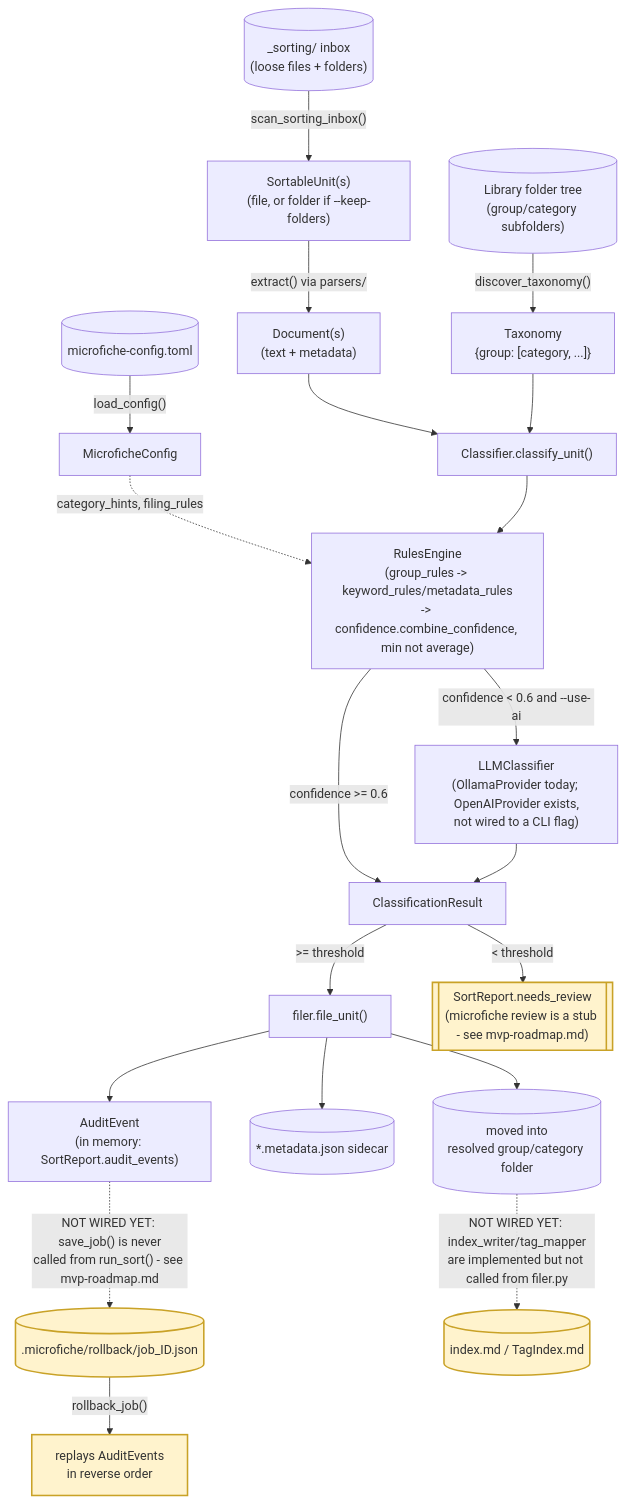
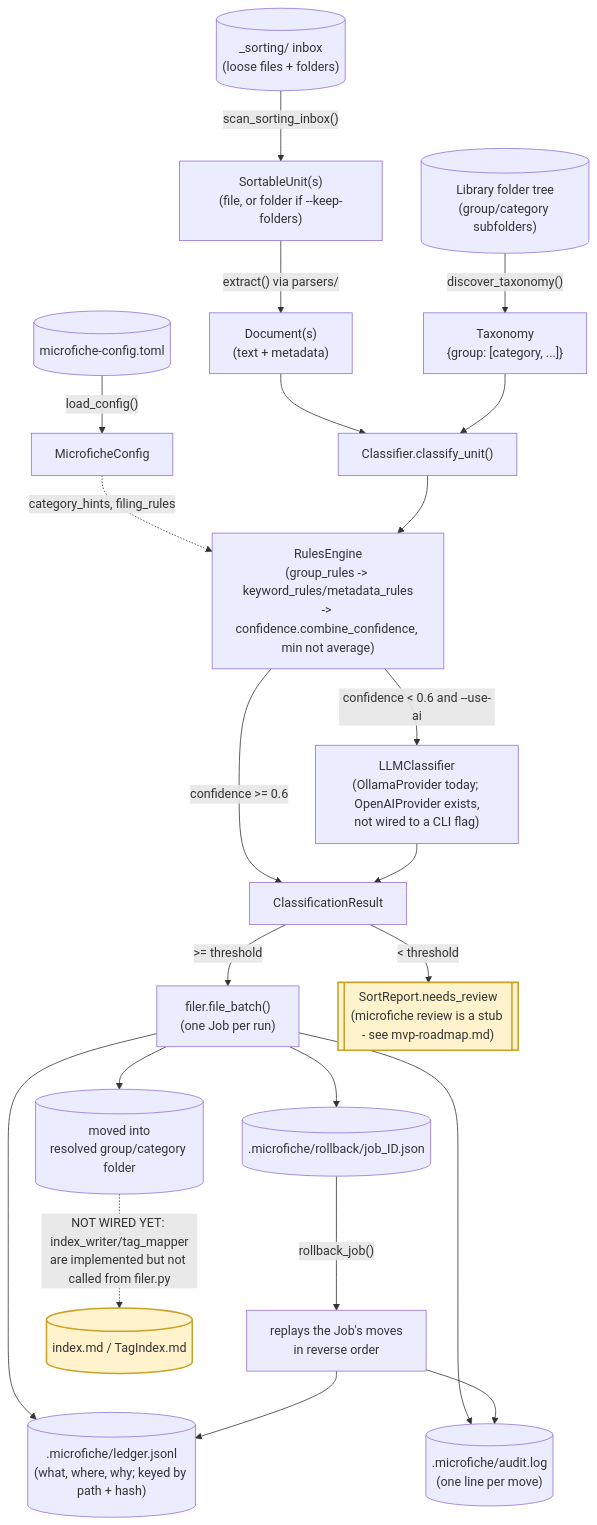
Before and after one commit to richard-gledhill/microfiche: the second of 2 diagrams in docs/development/module-diagram.md, drawn with Mermaid. The commit also changed other lines of this file and 8 other files, not shown here.

First line of the commit message:
docs: describe the ledger, job and audit log; mark sort/audit/rollback done

````diff
--- a/docs/development/module-diagram.md
+++ b/docs/development/module-diagram.md
@@ -202,34 +208,35 @@
 ```mermaid
 flowchart TD
     LibraryTree[("Library folder tree\n(group/category subfolders)")]
     SortingInbox[("_sorting/ inbox\n(loose files + folders)")]
     ConfigFile[("microfiche-config.toml")]
 
     LibraryTree -->|"discover_taxonomy()"| Taxonomy["Taxonomy\n{group: [category, ...]}"]
     ConfigFile -->|"load_config()"| Config["MicroficheConfig"]
     SortingInbox -->|"scan_sorting_inbox()"| Units["SortableUnit(s)\n(file, or folder if --keep-folders)"]
     Units -->|"extract() via parsers/"| Documents["Document(s)\n(text + metadata)"]
 
     Documents --> ClassifyUnit["Classifier.classify_unit()"]
     Taxonomy --> ClassifyUnit
     Config -.->|"category_hints, filing_rules"| RulesEngine
     ClassifyUnit --> RulesEngine["RulesEngine\n(group_rules -> keyword_rules/metadata_rules\n-> confidence.combine_confidence, min not average)"]
     RulesEngine -->|"confidence >= 0.6"| Result["ClassificationResult"]
     RulesEngine -->|"confidence < 0.6 and --use-ai"| LLM["LLMClassifier\n(OllamaProvider today; OpenAIProvider exists,\nnot wired to a CLI flag)"]
     LLM --> Result
 
-    Result -->|">= threshold"| FileUnit["filer.file_unit()"]
+    Result -->|">= threshold"| FileUnit["filer.file_batch()\n(one Job per run)"]
     Result -->|"< threshold"| NeedsReview[["SortReport.needs_review\n(microfiche review is a stub - see mvp-roadmap.md)"]]
 
     FileUnit --> FiledDoc[("moved into\nresolved group/category folder")]
-    FileUnit --> Sidecar[("*.metadata.json sidecar")]
-    FileUnit --> AuditEvent["AuditEvent\n(in memory: SortReport.audit_events)"]
-
-    AuditEvent -.->|"NOT WIRED YET: save_job() is never\ncalled from run_sort() - see mvp-roadmap.md"| JobFile[(".microfiche/rollback/job_ID.json")]
-    JobFile -->|"rollback_job()"| Rollback["replays AuditEvents\nin reverse order"]
+    FileUnit --> Ledger[(".microfiche/ledger.jsonl\n(what, where, why; keyed by path + hash)")]
+    FileUnit --> AuditLog[(".microfiche/audit.log\n(one line per move)")]
+    FileUnit --> JobFile[(".microfiche/rollback/job_ID.json")]
+    JobFile -->|"rollback_job()"| Rollback["replays the Job's moves\nin reverse order"]
+    Rollback --> Ledger
+    Rollback --> AuditLog
 
     FiledDoc -.->|"NOT WIRED YET: index_writer/tag_mapper\nare implemented but not called from filer.py"| ObsidianOut[("index.md / TagIndex.md")]
 
     classDef gap fill:#fff3cd,stroke:#c9a227,stroke-width:2px
-    class NeedsReview,JobFile,Rollback,ObsidianOut gap
+    class NeedsReview,ObsidianOut gap
 ```
````
